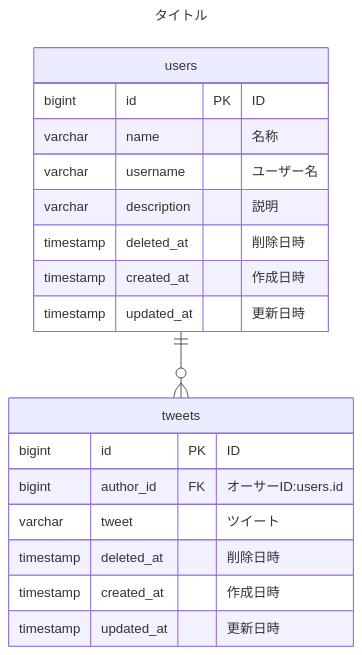
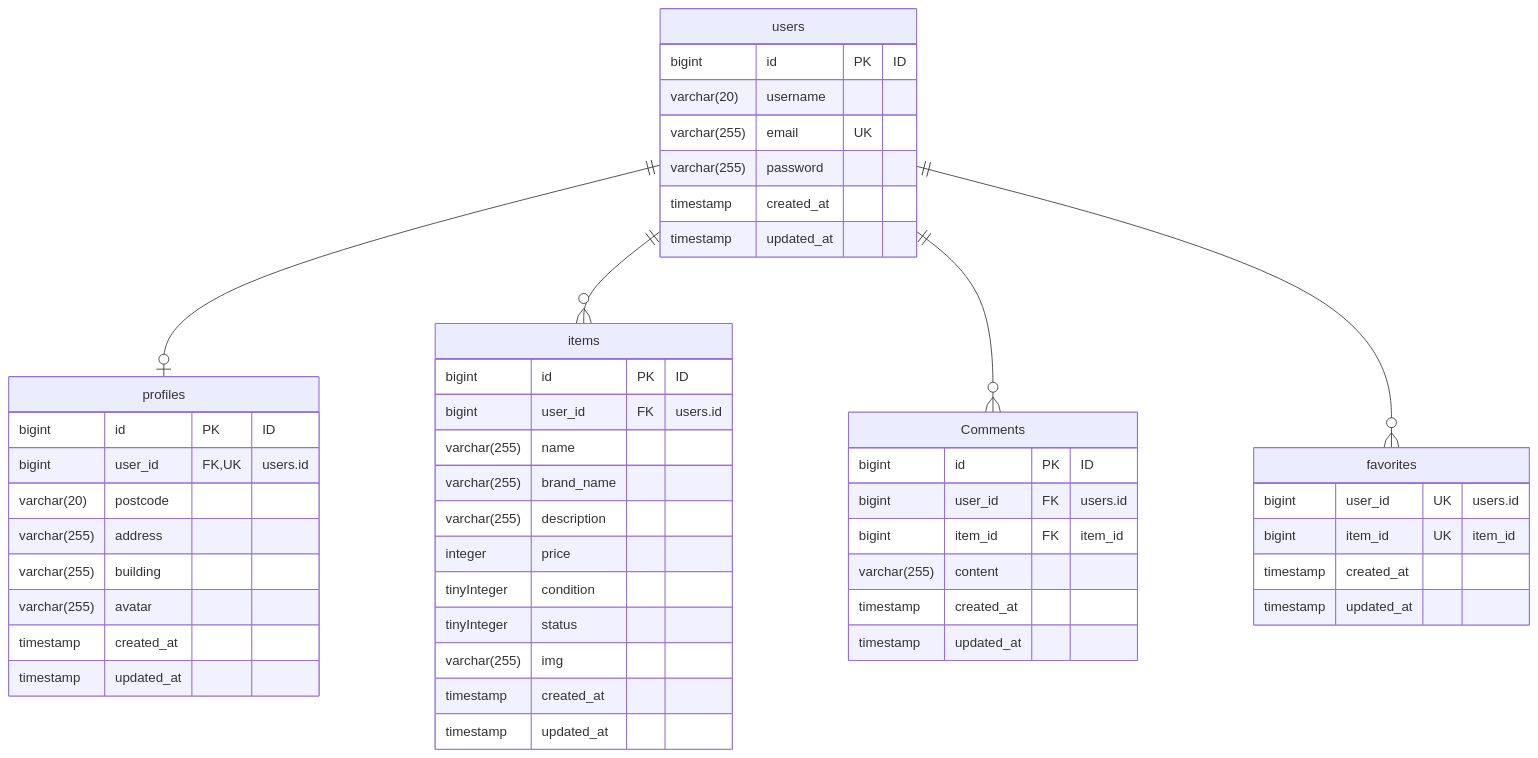
One commit to nozomishibutani/marketplace-project changed the diagram in erd.md. Above: the diagram before and after it, drawn with Mermaid. The commit also changed 8 other files, not shown here.

````diff
--- a/erd.md
+++ b/erd.md
@@ -5,26 +3,61 @@
 ```mermaid
----
-title: "タイトル"
----
+
 erDiagram
-    users ||--o{ tweets : ""
+    users ||--o| profiles : ""
 
     users {
         bigint id PK "ID"
-        varchar name "名称"
-        varchar username "ユーザー名"
-        varchar description "説明"
-        timestamp deleted_at "削除日時"
-        timestamp created_at "作成日時"
-        timestamp updated_at "更新日時"
+        varchar(20) username
+        varchar(255) email UK
+        varchar(255) password
+        timestamp created_at
+        timestamp updated_at
     }
 
-    tweets {
+    profiles {
         bigint id PK "ID"
-        bigint author_id FK "オーサーID:users.id"
-        varchar tweet "ツイート"
-        timestamp deleted_at "削除日時"
-        timestamp created_at "作成日時"
-        timestamp updated_at "更新日時"
+        bigint user_id FK,UK "users.id"
+        varchar(20) postcode
+        varchar(255) address
+        varchar(255) building
+        varchar(255) avatar
+        timestamp created_at
+        timestamp updated_at
+    }
+
+    users ||--o{ items : ""
+
+    items {
+        bigint id PK "ID"
+        bigint user_id FK "users.id"
+        varchar(255) name
+        varchar(255) brand_name
+        varchar(255) description
+        integer price
+        tinyInteger condition
+        tinyInteger status
+        varchar(255) img
+        timestamp created_at
+        timestamp updated_at
+    }
+
+    users ||--o{ Comments : ""
+
+    Comments {
+        bigint id PK "ID"
+        bigint user_id FK "users.id"
+        bigint item_id FK "item_id"
+        varchar(255) content
+        timestamp created_at
+        timestamp updated_at
+    }
+
+     users ||--o{ favorites : ""
+
+    favorites {
+        bigint user_id UK "users.id"
+        bigint item_id UK "item_id"
+        timestamp created_at
+        timestamp updated_at
     }
 ```
````
